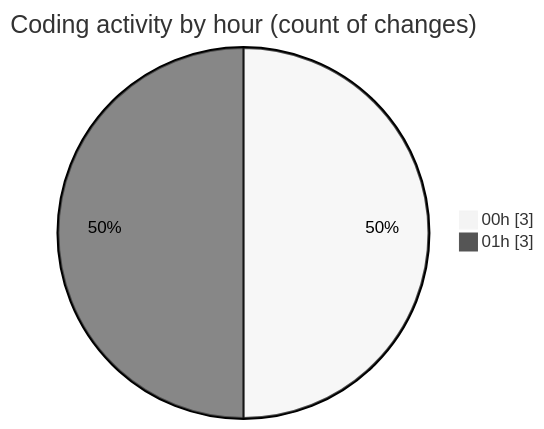
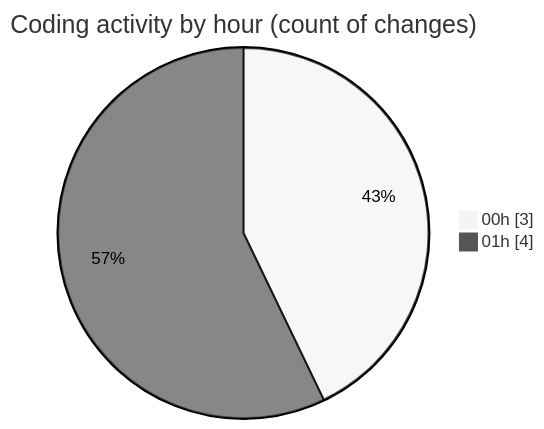
Before and after one commit to mevix1/code-tracking: the second of 2 diagrams in 2025-10-02/oura-api/README.md, drawn with Mermaid (neutral theme). The commit also changed other lines of this file and 1 other file, not shown here.

````diff
--- a/2025-10-02/oura-api/README.md
+++ b/2025-10-02/oura-api/README.md
@@ -35,6 +35,6 @@
 ```mermaid
 pie showData
 title Coding activity by hour (count of changes)
 "00h" : 3
-"01h" : 3
+"01h" : 4
 ```
````
